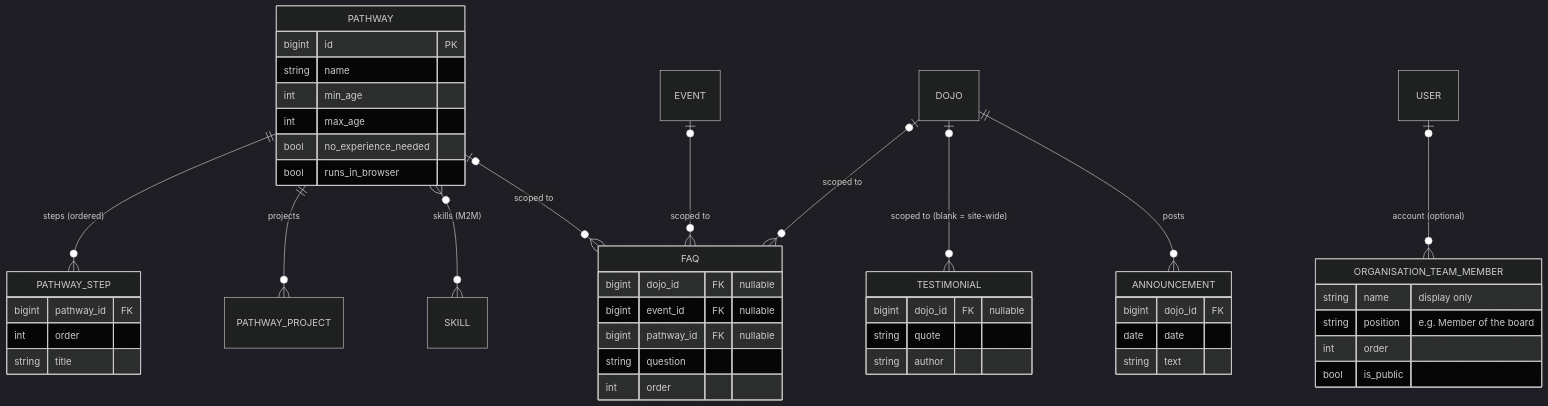
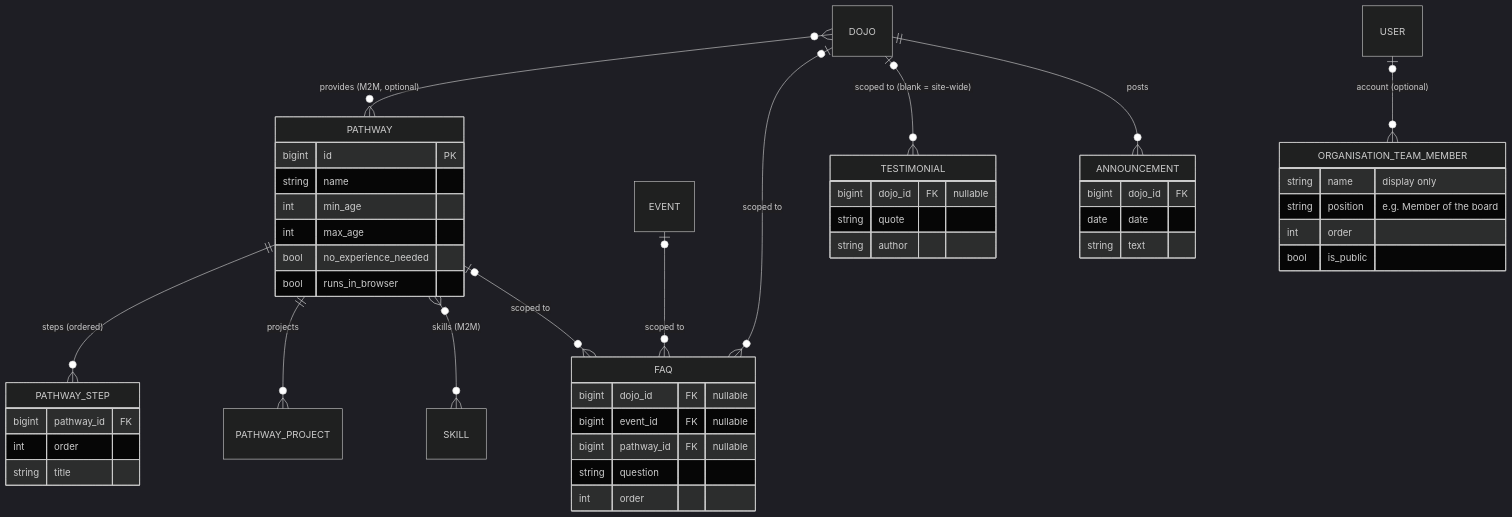
Diagram 11 of 20 in DATA_MODEL.md (DoublG/coderdojo-event-registration), drawn with Mermaid (dark theme) before and after one commit. The commit also changed other lines of this file and 23 other files, not shown here.

````diff
--- a/DATA_MODEL.md
+++ b/DATA_MODEL.md
@@ -425,49 +437,50 @@
 ```mermaid
 erDiagram
     PATHWAY ||--o{ PATHWAY_STEP : "steps (ordered)"
     PATHWAY ||--o{ PATHWAY_PROJECT : "projects"
     PATHWAY }o--o{ SKILL : "skills (M2M)"
+    DOJO }o--o{ PATHWAY : "provides (M2M, optional)"
     DOJO |o--o{ FAQ : "scoped to"
     EVENT |o--o{ FAQ : "scoped to"
     PATHWAY |o--o{ FAQ : "scoped to"
     DOJO |o--o{ TESTIMONIAL : "scoped to (blank = site-wide)"
     DOJO ||--o{ ANNOUNCEMENT : "posts"
     USER |o--o{ ORGANISATION_TEAM_MEMBER : "account (optional)"
 
     PATHWAY {
         bigint id PK
         string name
         int min_age
         int max_age
         bool no_experience_needed
         bool runs_in_browser
     }
     PATHWAY_STEP {
         bigint pathway_id FK
         int order
         string title
     }
     FAQ {
         bigint dojo_id FK "nullable"
         bigint event_id FK "nullable"
         bigint pathway_id FK "nullable"
         string question
         int order
     }
     TESTIMONIAL {
         bigint dojo_id FK "nullable"
         string quote
         string author
     }
     ORGANISATION_TEAM_MEMBER {
         string name "display only"
         string position "e.g. Member of the board"
         int order
         bool is_public
     }
     ANNOUNCEMENT {
         bigint dojo_id FK
         date date
         string text
     }
 ```
````
